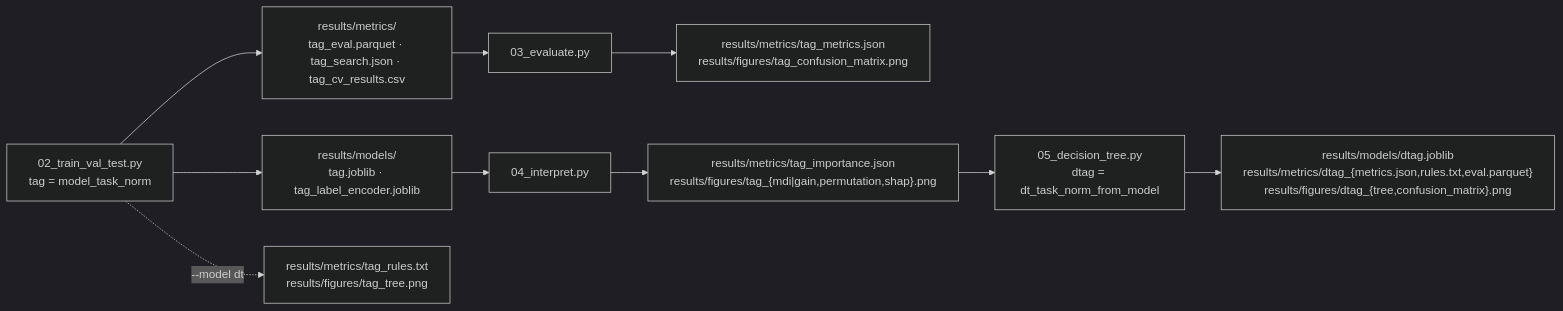
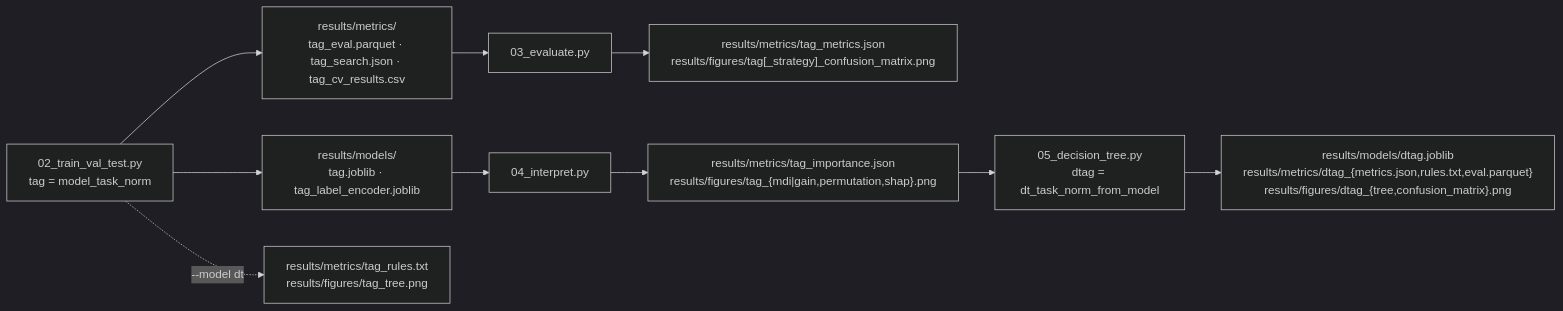
The fourth of 4 diagrams in README.md (Thiago-TP/flow-assurance-ml), drawn with Mermaid (dark theme) before and after one commit. The commit also changed other lines of this file and 27 other files, not shown here.

````diff
--- a/README.md
+++ b/README.md
@@ -318,9 +398,9 @@
 ```mermaid
 flowchart LR
   T["02_train_val_test.py<br/>tag = model_task_norm"] --> M["results/models/<br/>tag.joblib · tag_label_encoder.joblib"]
   T --> O["results/metrics/<br/>tag_eval.parquet · tag_search.json · tag_cv_results.csv"]
   T -. "--model dt" .-> R["results/metrics/tag_rules.txt<br/>results/figures/tag_tree.png"]
-  O --> EV["03_evaluate.py"] --> EM["results/metrics/tag_metrics.json<br/>results/figures/tag_confusion_matrix.png"]
+  O --> EV["03_evaluate.py"] --> EM["results/metrics/tag_metrics.json<br/>results/figures/tag[_strategy]_confusion_matrix.png"]
   M --> IN["04_interpret.py"] --> IM["results/metrics/tag_importance.json<br/>results/figures/tag_{mdi|gain,permutation,shap}.png"]
   IM --> DT["05_decision_tree.py<br/>dtag = dt_task_norm_from_model"] --> DM["results/models/dtag.joblib<br/>results/metrics/dtag_{metrics.json,rules.txt,eval.parquet}<br/>results/figures/dtag_{tree,confusion_matrix}.png"]
 ```
````
